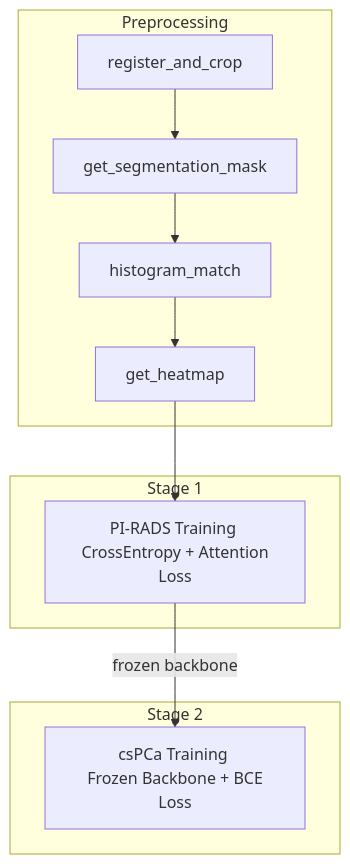
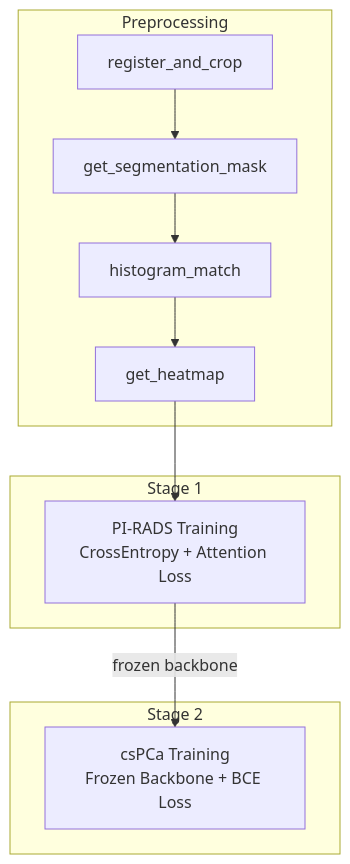
One commit to anirudhbalaraman/WSAttention-Prostate changed the diagram in docs/pipeline.md. Above: the diagram before and after it, drawn with Mermaid.

Commit message:
Update markdown formatting for training stages

````diff
--- a/docs/pipeline.md
+++ b/docs/pipeline.md
@@ -5,19 +5,19 @@
 ```mermaid
 flowchart TD
     subgraph Preprocessing
         R[register_and_crop] --> S[get_segmentation_mask]
         S --> H[histogram_match]
         H --> G[get_heatmap]
     end
 
     subgraph Stage 1
-        P[PI-RADS Training \n CrossEntropy + Attention Loss]
+        P[PI-RADS Training<br/>CrossEntropy + Attention Loss]
     end
 
     subgraph Stage 2
-        C[csPCa Training \n Frozen Backbone + BCE Loss]
+        C[csPCa Training<br/>Frozen Backbone + BCE Loss]
     end
 
     G --> P
     P -->|frozen backbone| C
 ```
````
